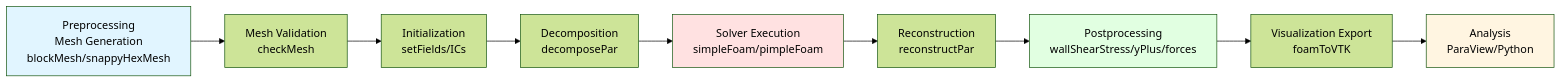
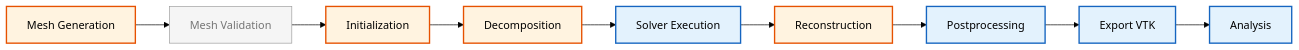
Before and after one commit to wramet/build-my-cfd: the first of 2 diagrams in MODULE_07_UTILITIES_AUTOMATION/CONTENT/08_EXPERT_UTILITIES/07_Integration_with_Solver_Workflows.md, drawn with Mermaid (forest theme). The commit also changed other lines of this file and 313 other files, not shown here.

Commit message:
Revise all diagram

````diff
--- a/MODULE_07_UTILITIES_AUTOMATION/CONTENT/08_EXPERT_UTILITIES/07_Integration_with_Solver_Workflows.md
+++ b/MODULE_07_UTILITIES_AUTOMATION/CONTENT/08_EXPERT_UTILITIES/07_Integration_with_Solver_Workflows.md
@@ -1339,16 +1339,16 @@
 ```mermaid
 flowchart LR
-    A[Preprocessing<br/>Mesh Generation<br/>blockMesh/snappyHexMesh] --> B[Mesh Validation<br/>checkMesh]
-    B --> C[Initialization<br/>setFields/ICs]
-    C --> D[Decomposition<br/>decomposePar]
-    D --> E[Solver Execution<br/>simpleFoam/pimpleFoam]
-    E --> F[Reconstruction<br/>reconstructPar]
-    F --> G[Postprocessing<br/>wallShearStress/yPlus/forces]
-    G --> H[Visualization Export<br/>foamToVTK]
-    H --> I[Analysis<br/>ParaView/Python]
-
-    style A fill:#e1f5ff
-    style E fill:#ffe1e1
-    style G fill:#e1ffe1
-    style I fill:#fff5e1
+%% Classes
+classDef explicit fill:#fff3e0,stroke:#e65100,stroke-width:2px;
+classDef implicit fill:#e3f2fd,stroke:#1565c0,stroke-width:2px;
+classDef context fill:#f5f5f5,stroke:#9e9e9e,stroke-width:1px,color:#757575;
+%% Nodes
+A[Mesh Generation]:::explicit --> B[Mesh Validation]:::context
+B --> C[Initialization]:::explicit
+C --> D[Decomposition]:::explicit
+D --> E[Solver Execution]:::implicit
+E --> F[Reconstruction]:::explicit
+F --> G[Postprocessing]:::implicit
+G --> H[Export VTK]:::implicit
+H --> I[Analysis]:::implicit
 ```
````
